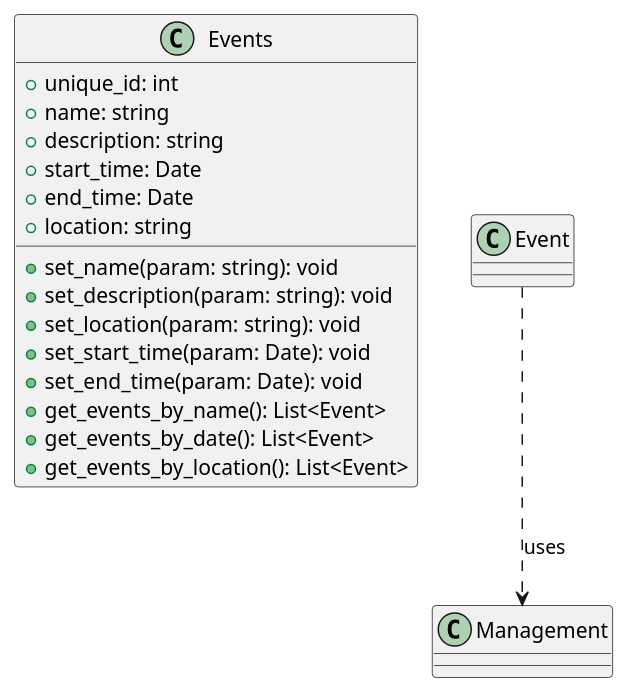
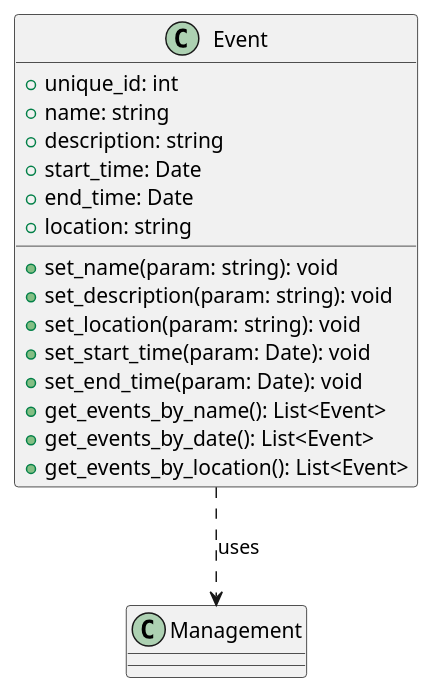
One commit to CS361-2024Fall-Term/Innovators changed the diagram in assignment6/event.puml. Above: the diagram before and after it, drawn with PlantUML. The commit also changed 2 other files, not shown here.

Commit message:
change in Events and Tasks

```diff
--- a/assignment6/event.puml
+++ b/assignment6/event.puml
@@ -2,22 +2,22 @@
 @startuml
 
-class Events {
+class Event {
   +unique_id: int  
   +name: string
   +description: string
   +start_time: Date
   +end_time: Date
   +location: string
   +set_name(param: string): void
   +set_description(param: string): void
   +set_location(param: string): void
   +set_start_time(param: Date): void
   +set_end_time(param: Date): void
   +get_events_by_name(): List<Event>
   +get_events_by_date(): List<Event>
   +get_events_by_location(): List<Event>
 }
 
 Event ..> Management: uses
 
 @enduml
```
